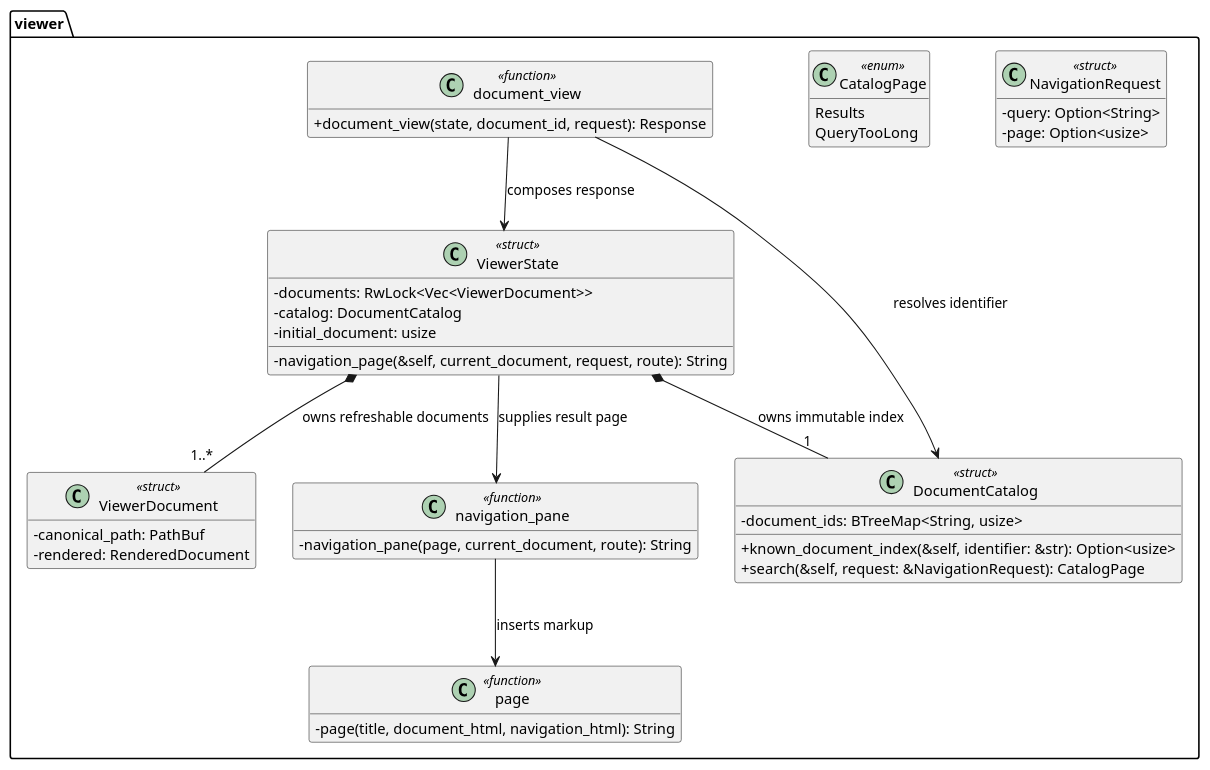
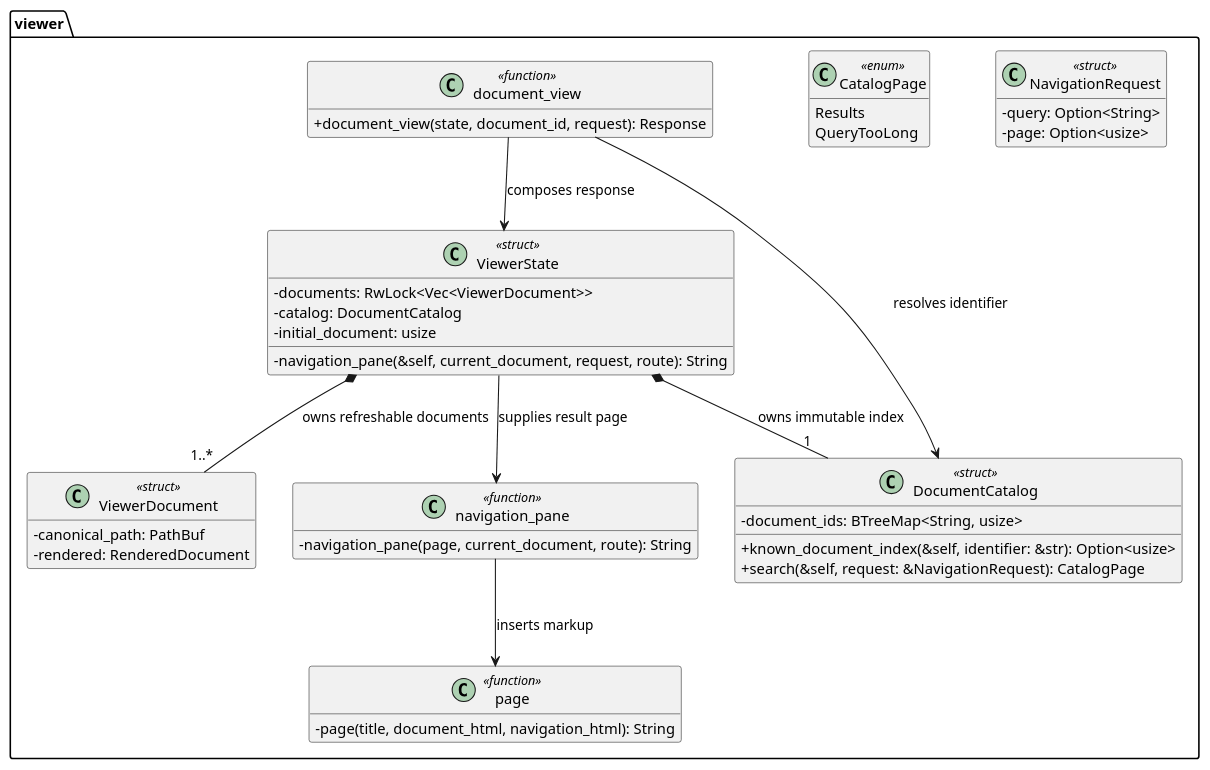
One commit to sirius-cc-wu/lens changed the second of 2 diagrams in docs/features/document-navigation-pane/design.md. Above: the diagram before and after it, drawn with PlantUML. The commit also changed other lines of this file and 10 other files, not shown here.

````diff
--- a/docs/features/document-navigation-pane/design.md
+++ b/docs/features/document-navigation-pane/design.md
@@ -80,48 +80,48 @@
 ```plantuml
 @startuml
 hide empty members
 skinparam classAttributeIconSize 0
 
 package "viewer" {
   class "ViewerState" as ViewerState <<struct>> {
     -documents: RwLock<Vec<ViewerDocument>>
     -catalog: DocumentCatalog
     -initial_document: usize
-    -navigation_page(&self, current_document, request, route): String
+    -navigation_pane(&self, current_document, request, route): String
   }
   class "DocumentCatalog" as Catalog <<struct>> {
     -document_ids: BTreeMap<String, usize>
     +known_document_index(&self, identifier: &str): Option<usize>
     +search(&self, request: &NavigationRequest): CatalogPage
   }
   class "NavigationRequest" as Request <<struct>> {
     -query: Option<String>
     -page: Option<usize>
   }
   class "CatalogPage" as CatalogPage <<enum>> {
     Results
     QueryTooLong
   }
   class "ViewerDocument" as ViewerDocument <<struct>> {
     -canonical_path: PathBuf
     -rendered: RenderedDocument
   }
   class "document_view" as DocumentView <<function>> {
     +document_view(state, document_id, request): Response
   }
   class "navigation_pane" as Navigation <<function>> {
     -navigation_pane(page, current_document, route): String
   }
   class "page" as Page <<function>> {
     -page(title, document_html, navigation_html): String
   }
 }
 
 ViewerState *-- "1" Catalog : owns immutable index
 ViewerState *-- "1..*" ViewerDocument : owns refreshable documents
 DocumentView --> Catalog : resolves identifier
 DocumentView --> ViewerState : composes response
 ViewerState --> Navigation : supplies result page
 Navigation --> Page : inserts markup
 @enduml
 ```
````
